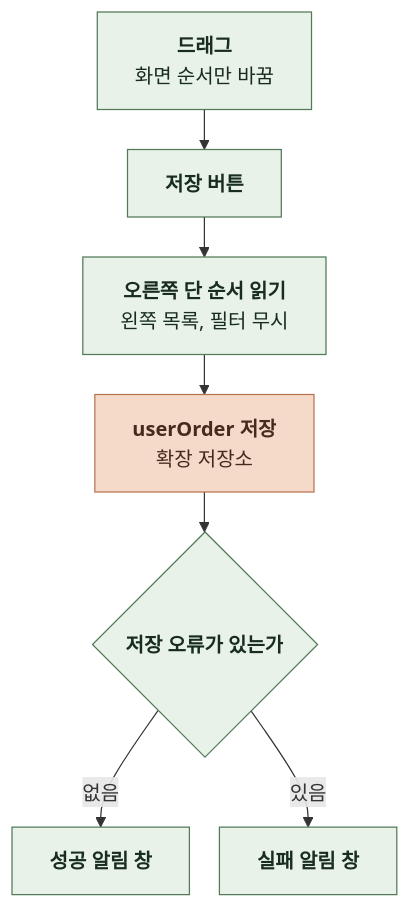
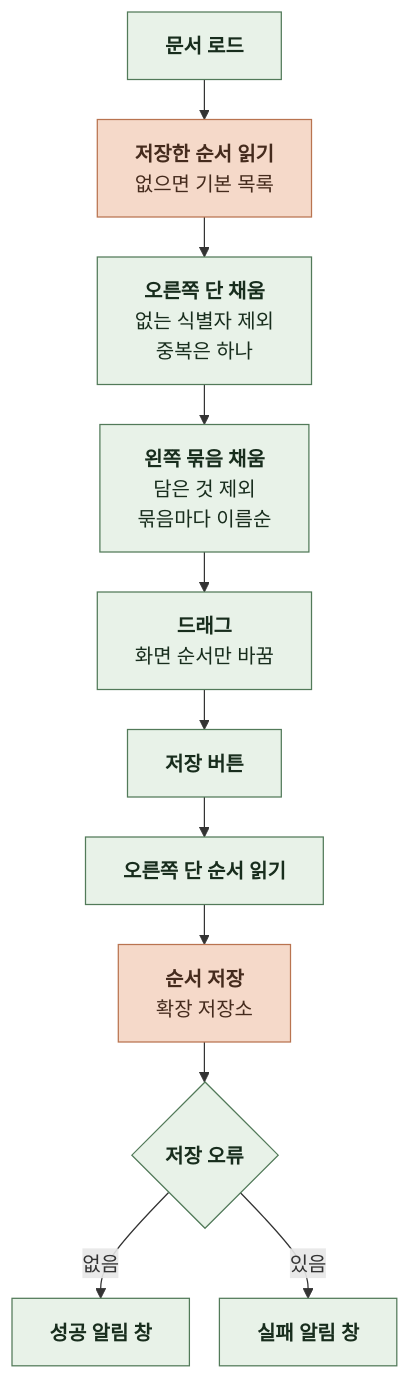
One commit to kangkyunghyun/LinKHU changed the second of 7 diagrams in docs/spec/6-1-INTERACTION.md. Above: the diagram before and after it, drawn with Mermaid. The commit also changed other lines of this file and 23 other files, not shown here.

````diff
--- a/docs/spec/6-1-INTERACTION.md
+++ b/docs/spec/6-1-INTERACTION.md
@@ -87,17 +91,25 @@
 ```mermaid
 %%{init: {"flowchart": {"curve": "basis", "nodeSpacing": 24, "rankSpacing": 32}}}%%
 flowchart TD
-    A["`**드래그**
-화면 순서만 바꿈`"] --> B["`**저장 버튼**`"]
-    B --> C["`**오른쪽 단 순서 읽기**
-왼쪽 목록, 필터 무시`"]
-    C --> D["`**userOrder 저장**
+    L["`**문서 로드**`"] --> R["`**저장한 순서 읽기**
+없으면 기본 목록`"]
+    R --> S["`**오른쪽 단 채움**
+없는 식별자 제외
+중복은 하나`"]
+    S --> T["`**왼쪽 묶음 채움**
+담은 것 제외
+묶음마다 이름순`"]
+    T --> A["`**드래그**
+화면 순서만 바꿈`"]
+    A --> B["`**저장 버튼**`"]
+    B --> C["`**오른쪽 단 순서 읽기**`"]
+    C --> D["`**순서 저장**
 확장 저장소`"]
-    D --> E{"`**저장 오류가 있는가**`"}
+    D --> E{"`**저장 오류**`"}
     E -->|없음| F["`**성공 알림 창**`"]
     E -->|있음| G["`**실패 알림 창**`"]
     classDef comp fill:#E8F2E8,stroke:#527A59,color:#182D1D
     classDef store fill:#F5D9C9,stroke:#B97450,color:#452B1D
-    class A,B,C,F,G,E comp
-    class D store
+    class L,S,T,A,B,C,F,G,E comp
+    class R,D store
 ```
````
